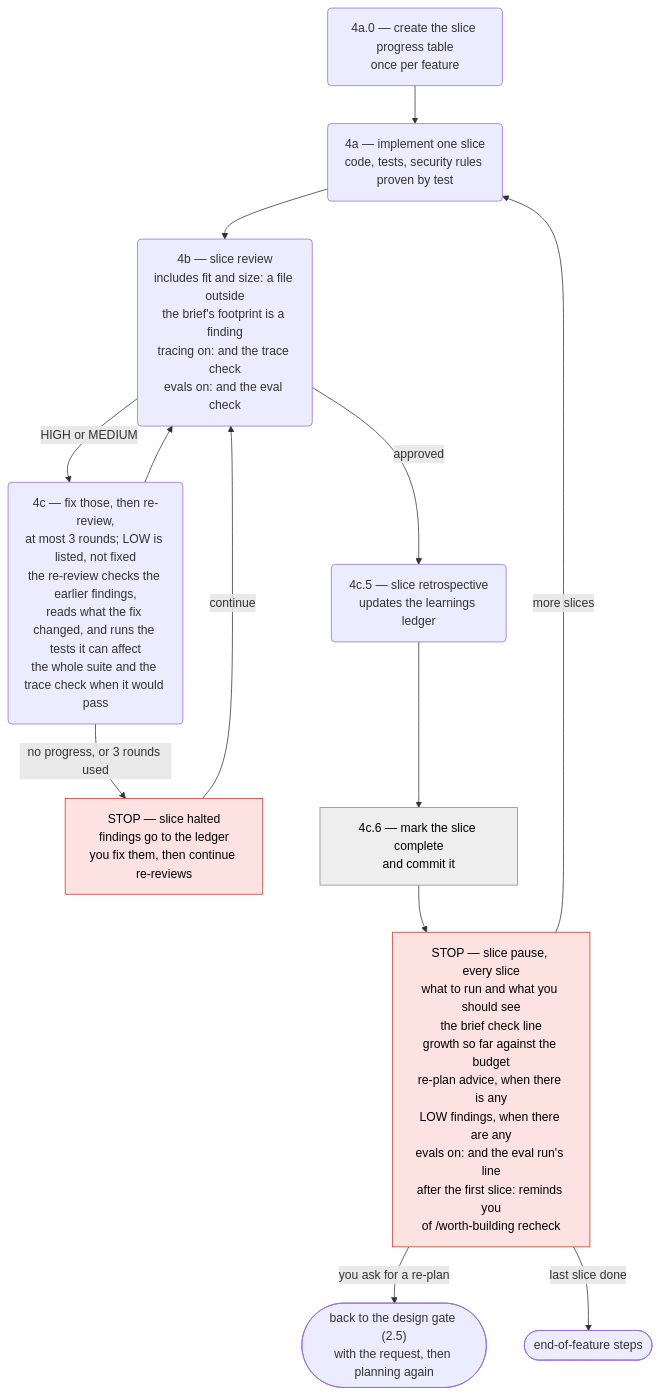
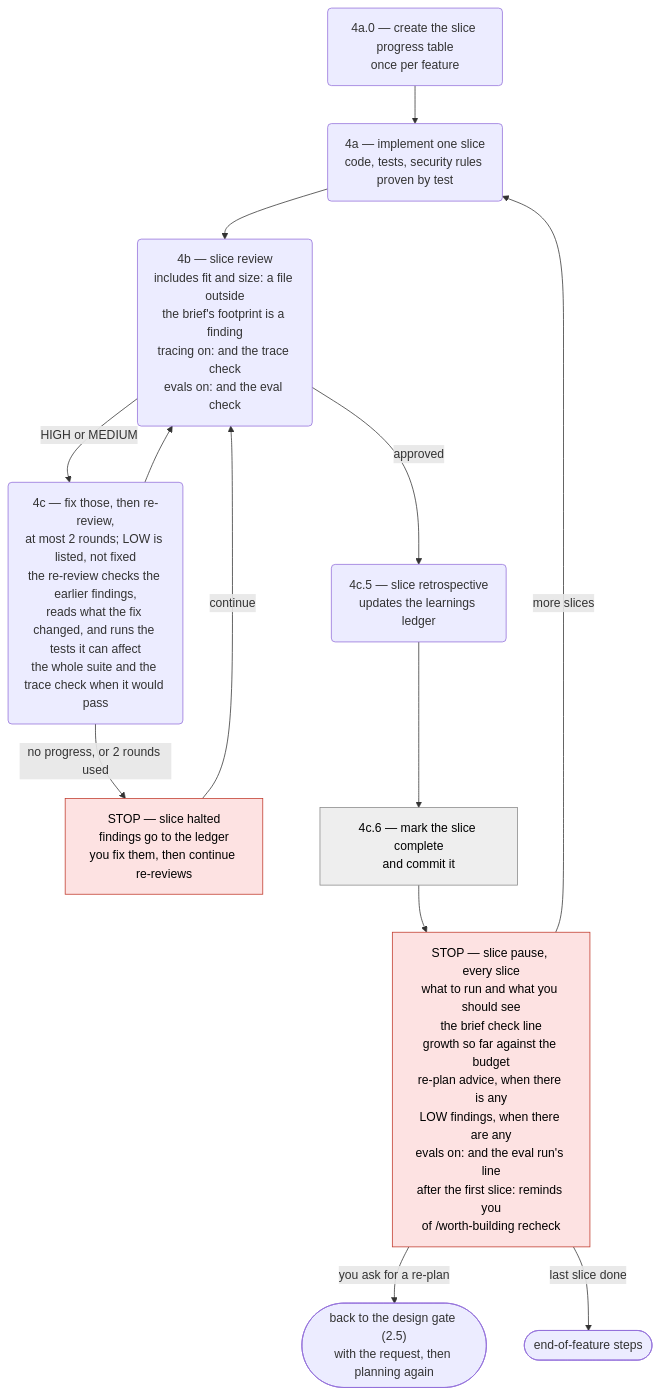
One commit to pablooliva/claude-plugins changed the third of 4 diagrams in agent-engineering/docs/sdd-flow-diagram.md. Above: the diagram before and after it, drawn with Mermaid. The commit also changed other lines of this file and 19 other files, not shown here.

First line of the commit message:
ae(4.5.0): sdd-flow release 2, part 5 — keep a change small while it is built

````diff
--- a/agent-engineering/docs/sdd-flow-diagram.md
+++ b/agent-engineering/docs/sdd-flow-diagram.md
@@ -96,18 +96,18 @@
 ```mermaid
 flowchart TD
     scaffold("4a.0 — create the slice progress table<br/>once per feature") --> impl("4a — implement one slice<br/>code, tests, security rules proven by test")
     impl --> review("4b — slice review<br/>includes fit and size: a file outside<br/>the brief's footprint is a finding<br/>tracing on: and the trace check<br/>evals on: and the eval check")
-    review -- "HIGH or MEDIUM" --> fix("4c — fix those, then re-review,<br/>at most 3 rounds; LOW is listed, not fixed<br/>the re-review checks the earlier findings,<br/>reads what the fix changed, and runs the tests it can affect<br/>the whole suite and the trace check when it would pass")
+    review -- "HIGH or MEDIUM" --> fix("4c — fix those, then re-review,<br/>at most 2 rounds; LOW is listed, not fixed<br/>the re-review checks the earlier findings,<br/>reads what the fix changed, and runs the tests it can affect<br/>the whole suite and the trace check when it would pass")
     fix --> review
-    fix -- "no progress, or 3 rounds used" --> halt["STOP — slice halted<br/>findings go to the ledger<br/>you fix them, then continue re-reviews"]:::stop
+    fix -- "no progress, or 2 rounds used" --> halt["STOP — slice halted<br/>findings go to the ledger<br/>you fix them, then continue re-reviews"]:::stop
     halt -- "continue" --> review
     review -- "approved" --> retro("4c.5 — slice retrospective<br/>updates the learnings ledger")
     retro --> commit["4c.6 — mark the slice complete<br/>and commit it"]:::orch
     commit --> pause["STOP — slice pause, every slice<br/>what to run and what you should see<br/>the brief check line<br/>growth so far against the budget<br/>re-plan advice, when there is any<br/>LOW findings, when there are any<br/>evals on: and the eval run's line<br/>after the first slice: reminds you<br/>of /worth-building recheck"]:::stop
     pause -- "you ask for a re-plan" --> replan(["back to the design gate (2.5)<br/>with the request, then planning again"])
     pause -- "more slices" --> impl
     pause -- "last slice done" --> eof(["end-of-feature steps"])
 
     classDef stop fill:#fde2e2,stroke:#c0392b,color:#000
     classDef orch fill:#eeeeee,stroke:#888888,color:#000
 ```
````
